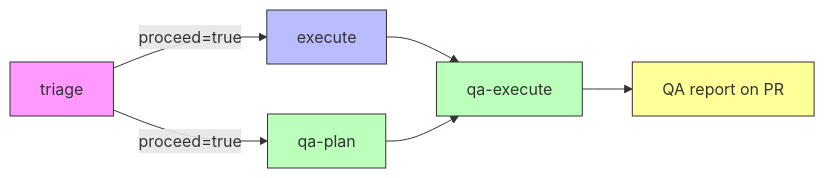
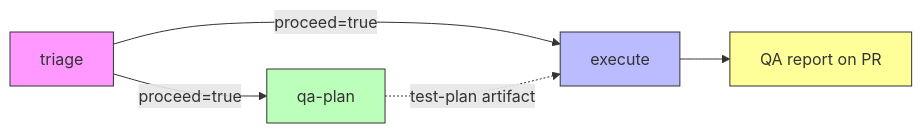
Before and after one commit to ktopolska/salesforce-ai-tools-qa-extension: the diagram in docs/qa-pipeline.md, drawn with Mermaid. The commit also changed other lines of this file and 2 other files, not shown here.

First line of the commit message:
feat: merge qa-execute into execute job, poll for test plan artifact

````diff
--- a/docs/qa-pipeline.md
+++ b/docs/qa-pipeline.md
@@ -19,14 +19,12 @@
 ```mermaid
 graph LR
     T[triage] -->|proceed=true| E[execute]
     T -->|proceed=true| QP[qa-plan]
-    E --> QX[qa-execute]
-    QP --> QX
-    QX --> R[QA report on PR]
+    QP -.->|test-plan artifact| E
+    E --> R[QA report on PR]
 
     style T fill:#f9f,stroke:#333
     style E fill:#bbf,stroke:#333
     style QP fill:#bfb,stroke:#333
-    style QX fill:#bfb,stroke:#333
     style R fill:#ff9,stroke:#333
 ```
````
